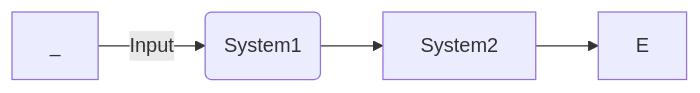
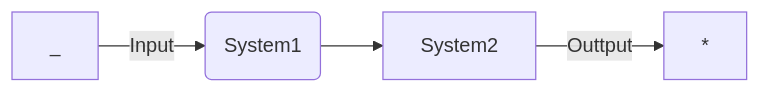
Before and after one commit to setrar/dsp: the third of 3 diagrams in signal-processing/kutz/5/README.md, drawn with Mermaid.

````diff
--- a/signal-processing/kutz/5/README.md
+++ b/signal-processing/kutz/5/README.md
@@ -54,7 +54,7 @@
 ```mermaid
 flowchart LR
 
 _ -->|Input| C(System1)
 C --> D[System2]
-D --> E
+D -->|Outtput| *
 ```
````
